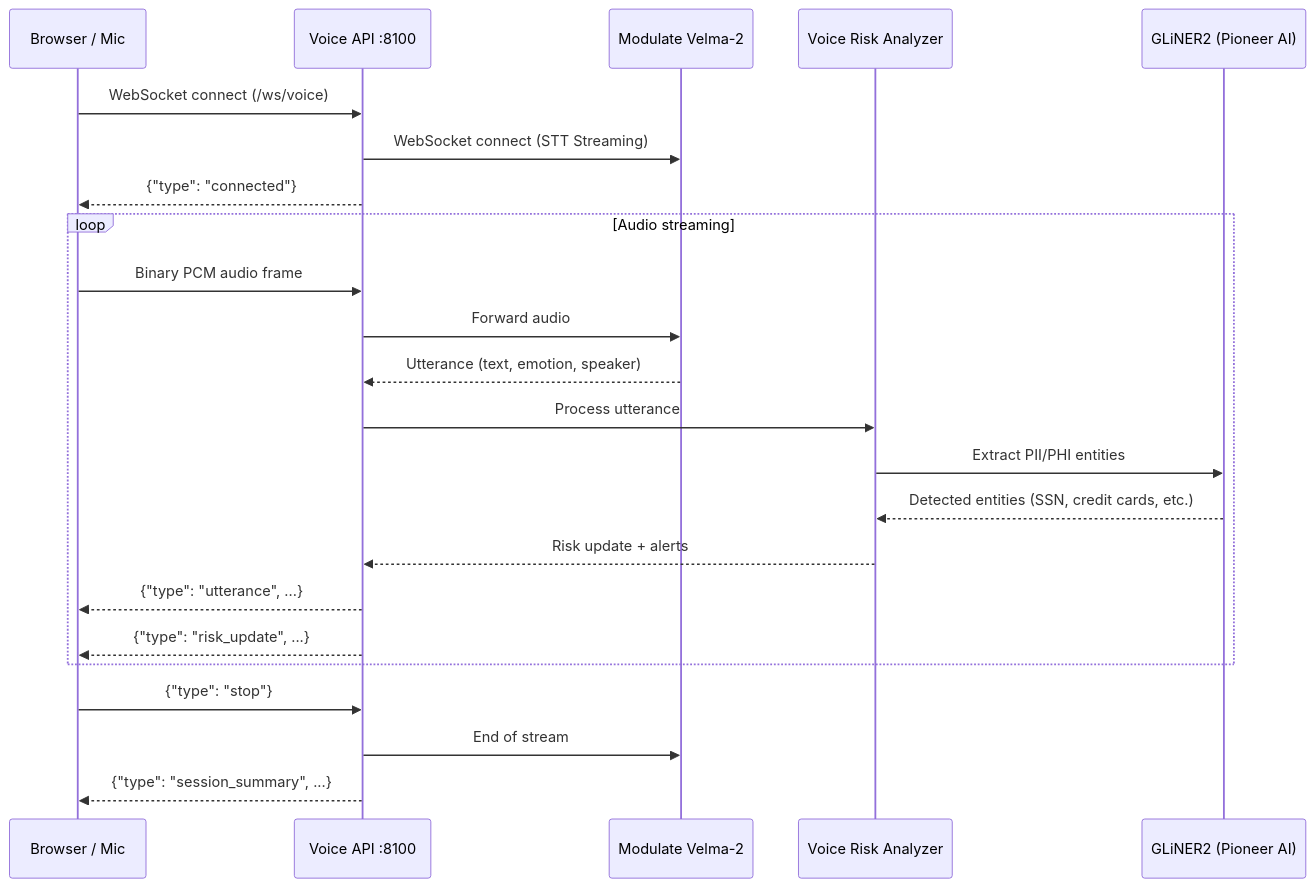
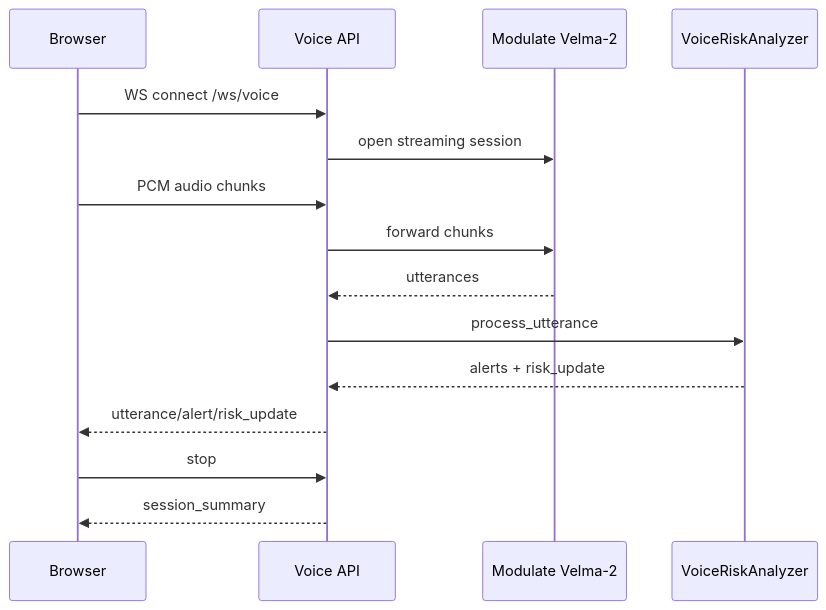
Before and after one commit to pramodthe/anti-scam.ai: the fourth of 4 diagrams in README.md, drawn with Mermaid. The commit also changed other lines of this file, not shown here.

Commit message:
docs: expand README with full architecture and setup details

````diff
--- a/README.md
+++ b/README.md
@@ -211,28 +97,18 @@
 ```mermaid
 sequenceDiagram
-    participant Client as Browser / Mic
-    participant API as Voice API :8100
+    participant Browser
+    participant VoiceAPI as Voice API
     participant Velma as Modulate Velma-2
-    participant Analyzer as Voice Risk Analyzer
-    participant GLiNER as GLiNER2 (Pioneer AI)
+    participant Analyzer as VoiceRiskAnalyzer
 
-    Client->>API: WebSocket connect (/ws/voice)
-    API->>Velma: WebSocket connect (STT Streaming)
-    API-->>Client: {"type": "connected"}
-
-    loop Audio streaming
-        Client->>API: Binary PCM audio frame
-        API->>Velma: Forward audio
-        Velma-->>API: Utterance (text, emotion, speaker)
-        API->>Analyzer: Process utterance
-        Analyzer->>GLiNER: Extract PII/PHI entities
-        GLiNER-->>Analyzer: Detected entities (SSN, credit cards, etc.)
-        Analyzer-->>API: Risk update + alerts
-        API-->>Client: {"type": "utterance", ...}
-        API-->>Client: {"type": "risk_update", ...}
-    end
-
-    Client->>API: {"type": "stop"}
-    API->>Velma: End of stream
-    API-->>Client: {"type": "session_summary", ...}
+    Browser->>VoiceAPI: WS connect /ws/voice
+    VoiceAPI->>Velma: open streaming session
+    Browser->>VoiceAPI: PCM audio chunks
+    VoiceAPI->>Velma: forward chunks
+    Velma-->>VoiceAPI: utterances
+    VoiceAPI->>Analyzer: process_utterance
+    Analyzer-->>VoiceAPI: alerts + risk_update
+    VoiceAPI-->>Browser: utterance/alert/risk_update
+    Browser->>VoiceAPI: stop
+    VoiceAPI-->>Browser: session_summary
 ```
````
